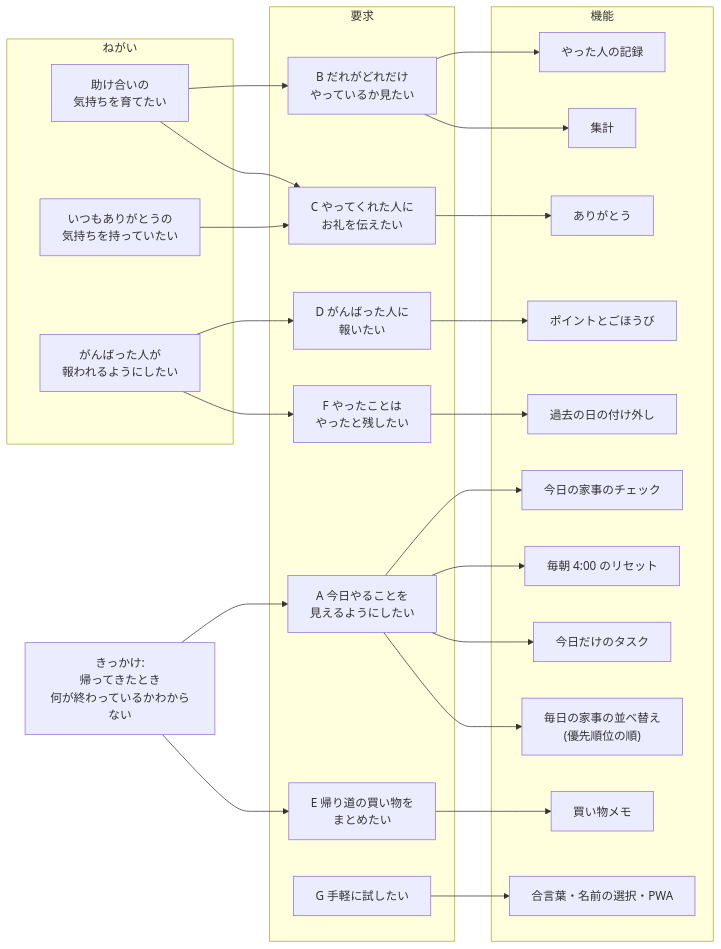
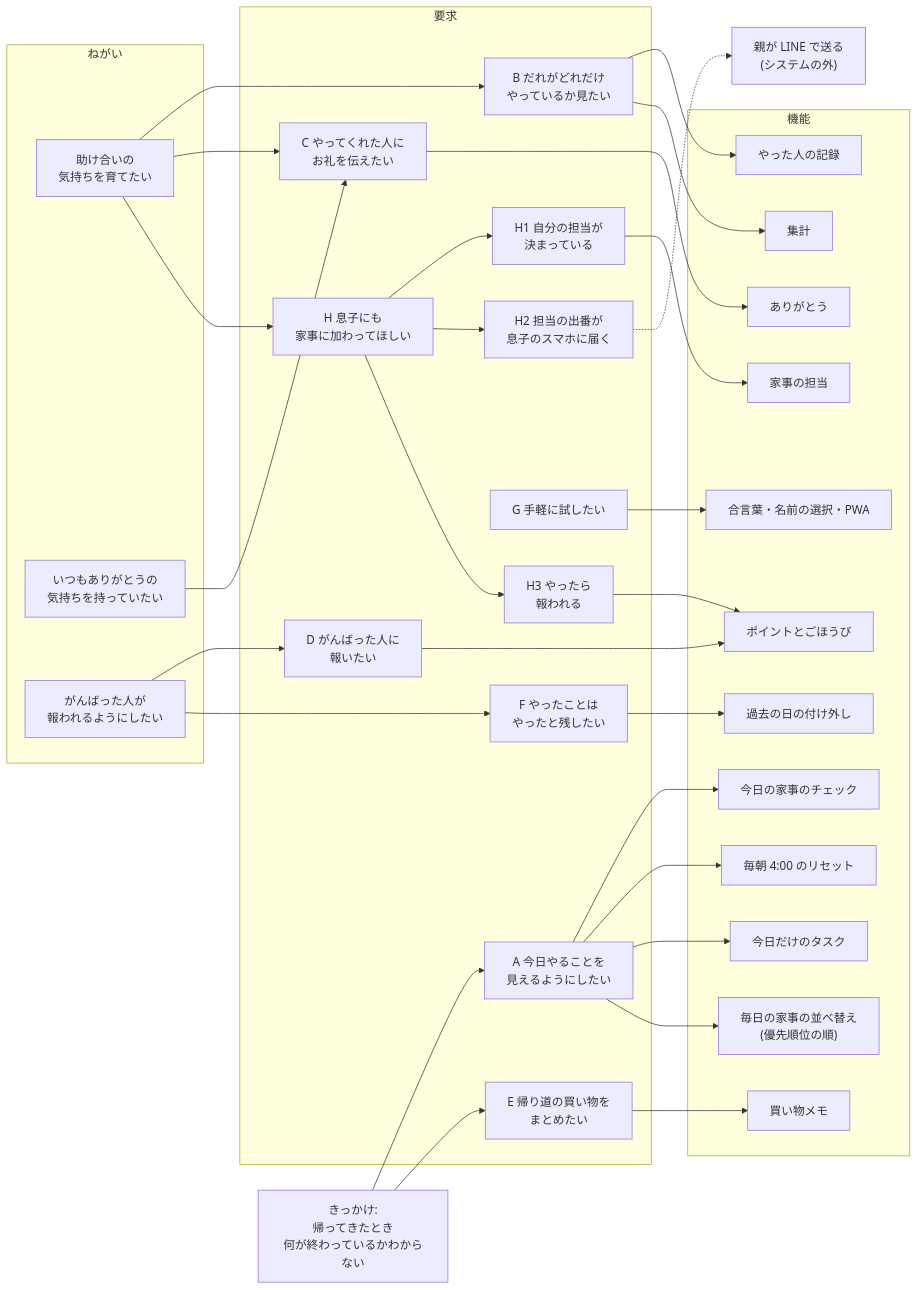
One commit to rinhanion/kaji-board changed the second of 2 diagrams in docs/rdra/1-システム価値.md. Above: the diagram before and after it, drawn with Mermaid. The commit also changed other lines of this file and 14 other files, not shown here.

````diff
--- a/docs/rdra/1-システム価値.md
+++ b/docs/rdra/1-システム価値.md
@@ -60,42 +62,53 @@
 ```mermaid
 flowchart LR
   subgraph ねがい
     w1["助け合いの<br/>気持ちを育てたい"]
     w2["いつもありがとうの<br/>気持ちを持っていたい"]
     w3["がんばった人が<br/>報われるようにしたい"]
   end
   p1["きっかけ:<br/>帰ってきたとき<br/>何が終わっているかわからない"]
   subgraph 要求
     r1["A 今日やることを<br/>見えるようにしたい"]
     r2["B だれがどれだけ<br/>やっているか見たい"]
     r3["C やってくれた人に<br/>お礼を伝えたい"]
     r4["D がんばった人に<br/>報いたい"]
     r5["E 帰り道の買い物を<br/>まとめたい"]
     r6["F やったことは<br/>やったと残したい"]
     r7["G 手軽に試したい"]
+    h["H 息子にも<br/>家事に加わってほしい"]
+    h1["H1 自分の担当が<br/>決まっている"]
+    h2["H2 担当の出番が<br/>息子のスマホに届く"]
+    h3["H3 やったら<br/>報われる"]
   end
   subgraph 機能
     f1["今日の家事のチェック"]
     f2["毎朝 4:00 のリセット"]
     f3["今日だけのタスク"]
     f4["やった人の記録"]
     f5["集計"]
     f6["ありがとう"]
     f7["ポイントとごほうび"]
     f8["買い物メモ"]
     f9["過去の日の付け外し"]
     f10["合言葉・名前の選択・PWA"]
     f11["毎日の家事の並べ替え<br/>(優先順位の順)"]
+    f12["家事の担当"]
   end
+  line["親が LINE で送る<br/>(システムの外)"]
   p1 --> r1 & r5
   w1 --> r2 & r3
   w2 --> r3
   w3 --> r4 & r6
   r1 --> f1 & f2 & f3 & f11
   r2 --> f4 & f5
   r3 --> f6
   r4 --> f7
   r5 --> f8
   r6 --> f9
   r7 --> f10
+  w1 --> h
+  h --> h1 & h2 & h3
+  h1 --> f12
+  h2 -.-> line
+  h3 --> f7
 ```
````
